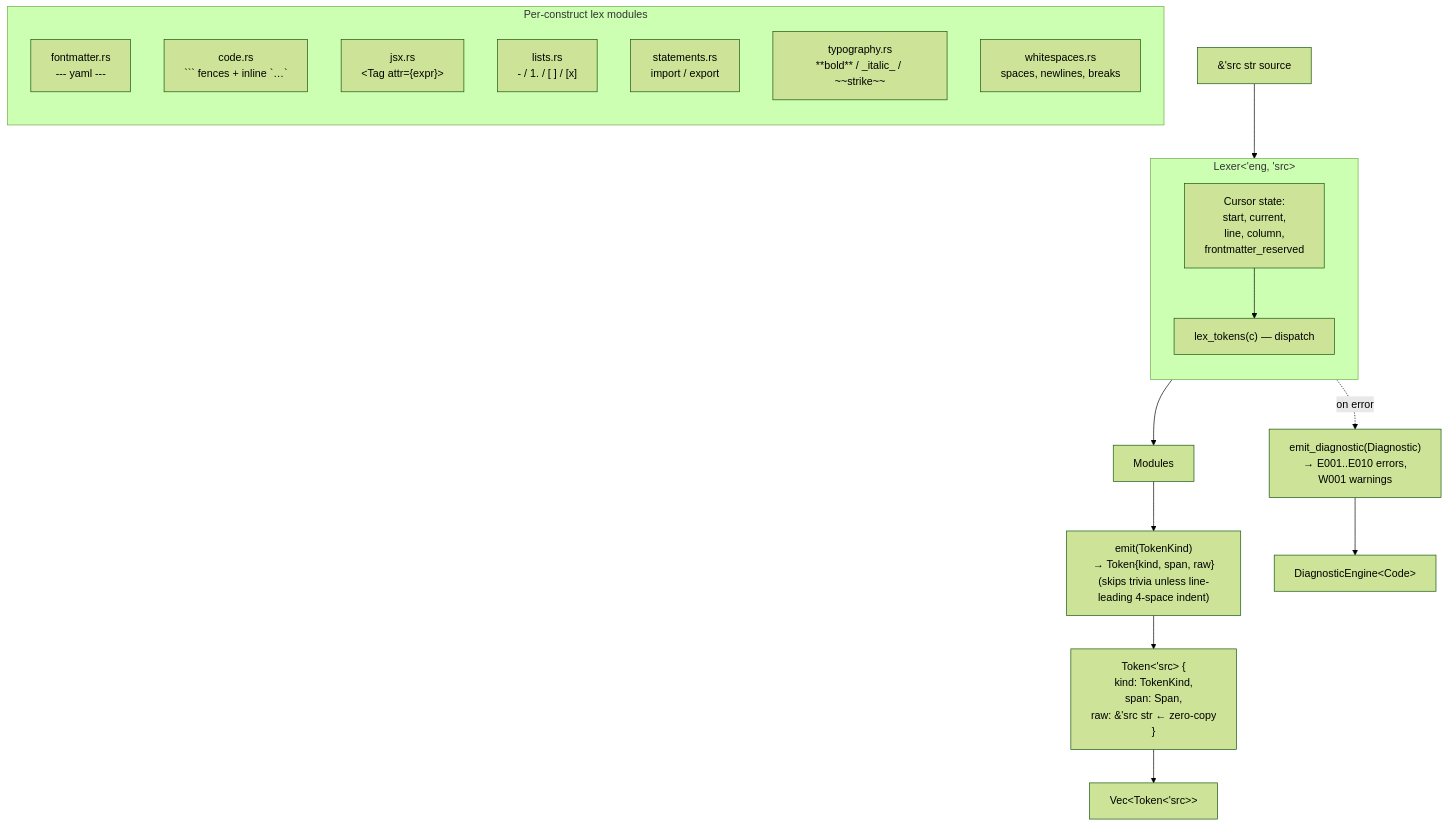
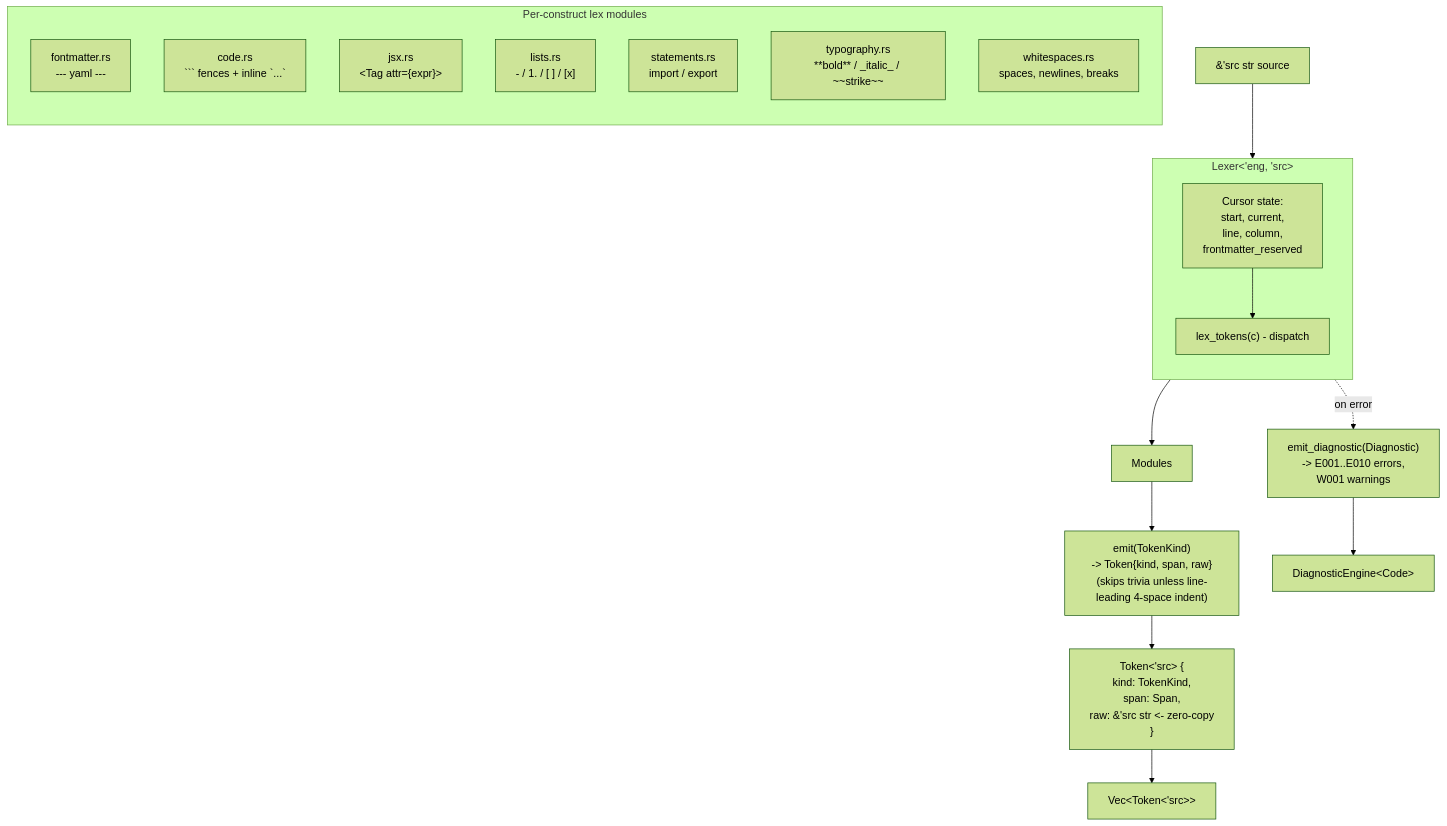
Before and after one commit to gentleeduck/duck-mc: the second of 9 diagrams in examples/samples/architecture.mdx, drawn with Mermaid (forest theme). The commit also changed other lines of this file and 21 other files, not shown here.

````diff
--- a/examples/samples/architecture.mdx
+++ b/examples/samples/architecture.mdx
@@ -94,38 +94,38 @@
 ```mermaid
 flowchart TD
   Bytes["&'src str source"] --> Cursor
 
   subgraph LEXER["Lexer&lt;'eng, 'src&gt;"]
     direction TB
     Cursor["Cursor state:<br/>start, current,<br/>line, column,<br/>frontmatter_reserved"]
-    LexTokens["lex_tokens(c) — dispatch"]
+    LexTokens["lex_tokens(c) - dispatch"]
   end
 
   Cursor --> LexTokens
 
   LexTokens --> Modules
 
   subgraph MODULES["Per-construct lex modules"]
     direction TB
     M1["fontmatter.rs<br/>--- yaml ---"]
-    M2["code.rs<br/>``` fences + inline `…`"]
+    M2["code.rs<br/>``` fences + inline `...`"]
     M3["jsx.rs<br/>&lt;Tag attr={expr}&gt;"]
     M4["lists.rs<br/>- / 1. / [ ] / [x]"]
     M5["statements.rs<br/>import / export"]
     M6["typography.rs<br/>**bold** / _italic_ / ~~strike~~"]
     M7["whitespaces.rs<br/>spaces, newlines, breaks"]
   end
 
   Modules --> Emit
 
-  Emit["emit(TokenKind)<br/>→ Token{kind, span, raw}<br/>(skips trivia unless line-leading 4-space indent)"]
+  Emit["emit(TokenKind)<br/>-> Token{kind, span, raw}<br/>(skips trivia unless line-leading 4-space indent)"]
 
   Emit --> Token
-  Token["Token&lt;'src&gt; {<br/>kind: TokenKind,<br/>span: Span,<br/>raw: &amp;'src str  ← zero-copy<br/>}"]
+  Token["Token&lt;'src&gt; {<br/>kind: TokenKind,<br/>span: Span,<br/>raw: &amp;'src str  <- zero-copy<br/>}"]
 
   Token --> Stream["Vec&lt;Token&lt;'src&gt;&gt;"]
 
   Cursor -. on error .-> EmitDiag
-  EmitDiag["emit_diagnostic(Diagnostic)<br/>→ E001..E010 errors,<br/>   W001 warnings"]
+  EmitDiag["emit_diagnostic(Diagnostic)<br/>-> E001..E010 errors,<br/>   W001 warnings"]
   EmitDiag --> Engine["DiagnosticEngine&lt;Code&gt;"]
 ```
````
